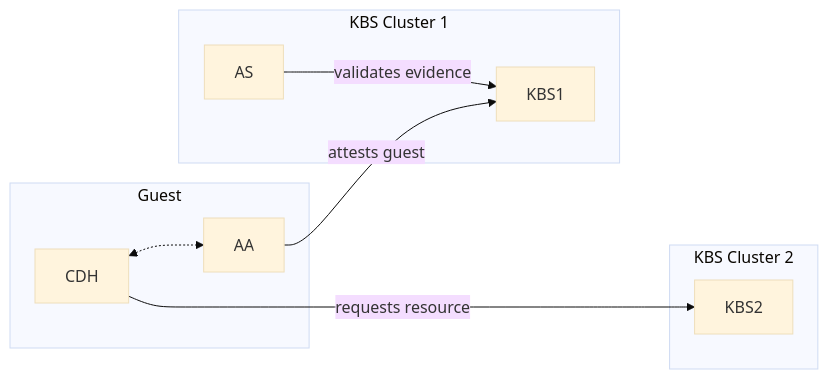
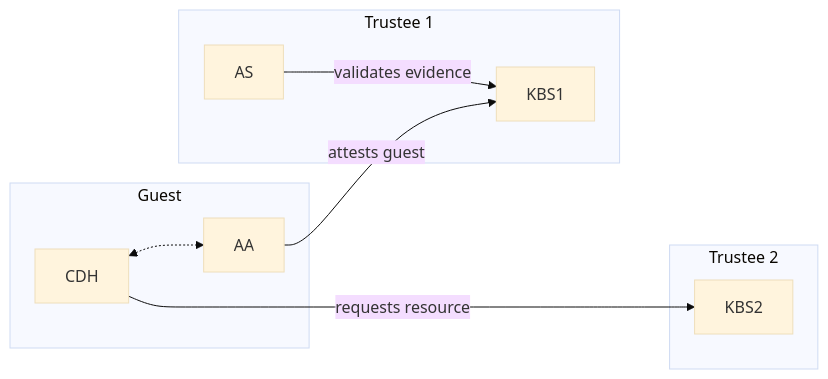
The second of 2 diagrams in kbs/README.md (confidential-containers/trustee), drawn with Mermaid (base theme) before and after one commit. The commit also changed other lines of this file and 1 other file, not shown here.

Commit message:
docs: use Trustee name
Fixup a few places where we talk about the KBS Cluster.
Now there is a better name for that, Trustee.

````diff
--- a/kbs/README.md
+++ b/kbs/README.md
@@ -61,14 +61,14 @@
 ```mermaid
 flowchart LR
     CDH -- requests resource ----> KBS2
     AA -- attests guest --> KBS1
     subgraph Guest
         CDH <.-> AA
     end
-    subgraph KBS Cluster 1
+    subgraph Trustee 1
         AS -- validates evidence--> KBS1
     end
-    subgraph KBS Cluster 2
+    subgraph Trustee 2
         KBS2
     end
 ```
````
